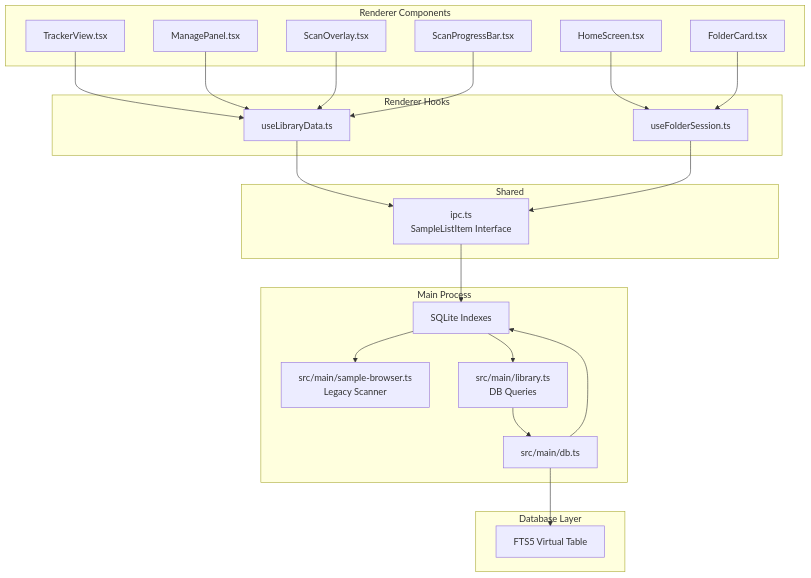
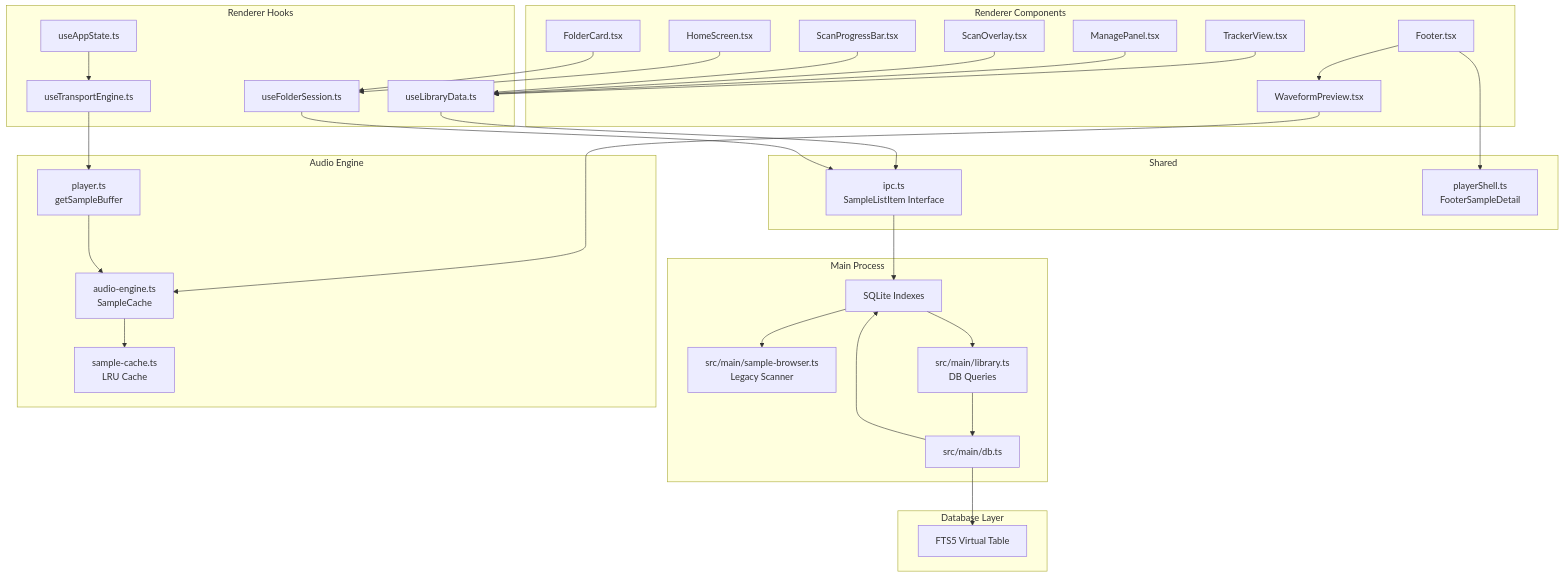
The first of 13 diagrams in .qoder/repowiki/en/content/Sample Browser.md (satyrlord/mixjam-electron), drawn with Mermaid before and after one commit. The commit also changed other lines of this file and 37 other files, not shown here.

First line of the commit message:
feat(footer): add waveform preview for selected samples

````diff
--- a/.qoder/repowiki/en/content/Sample Browser.md
+++ b/.qoder/repowiki/en/content/Sample Browser.md
@@ -57,42 +67,59 @@
 ```mermaid
 graph TB
 subgraph "Renderer Components"
 TV["TrackerView.tsx"]
 HS["HomeScreen.tsx"]
 MP["ManagePanel.tsx"]
 FC["FolderCard.tsx"]
 SO["ScanOverlay.tsx"]
 SPB["ScanProgressBar.tsx"]
+FOOTER["Footer.tsx"]
+WAVE["WaveformPreview.tsx"]
 end
 subgraph "Renderer Hooks"
 ULD["useLibraryData.ts"]
 UF["useFolderSession.ts"]
+UAE["useAppState.ts"]
+UTE["useTransportEngine.ts"]
 end
 subgraph "Shared"
 IPC["ipc.ts<br/>SampleListItem Interface"]
+PS["playerShell.ts<br/>FooterSampleDetail"]
 end
 subgraph "Main Process"
 IDX["src/main/index.ts"]
 SB["src/main/sample-browser.ts<br/>Legacy Scanner"]
 LIB["src/main/library.ts<br/>DB Queries"]
 DB["src/main/db.ts"]
 end
 subgraph "Database Layer"
 FTS["FTS5 Virtual Table"]
 IDX["SQLite Indexes"]
 end
+subgraph "Audio Engine"
+AE["audio-engine.ts<br/>SampleCache"]
+PL["player.ts<br/>getSampleBuffer"]
+SC["sample-cache.ts<br/>LRU Cache"]
+end
 TV --> ULD
 HS --> UF
 MP --> ULD
 FC --> UF
 SO --> ULD
 SPB --> ULD
+FOOTER --> WAVE
+FOOTER --> PS
+WAVE --> AE
+AE --> SC
+PL --> AE
 ULD --> IPC
 UF --> IPC
+UAE --> UTE
+UTE --> PL
 IPC --> IDX
 IDX --> SB
 IDX --> LIB
 LIB --> DB
 DB --> FTS
 DB --> IDX
 ```
````
